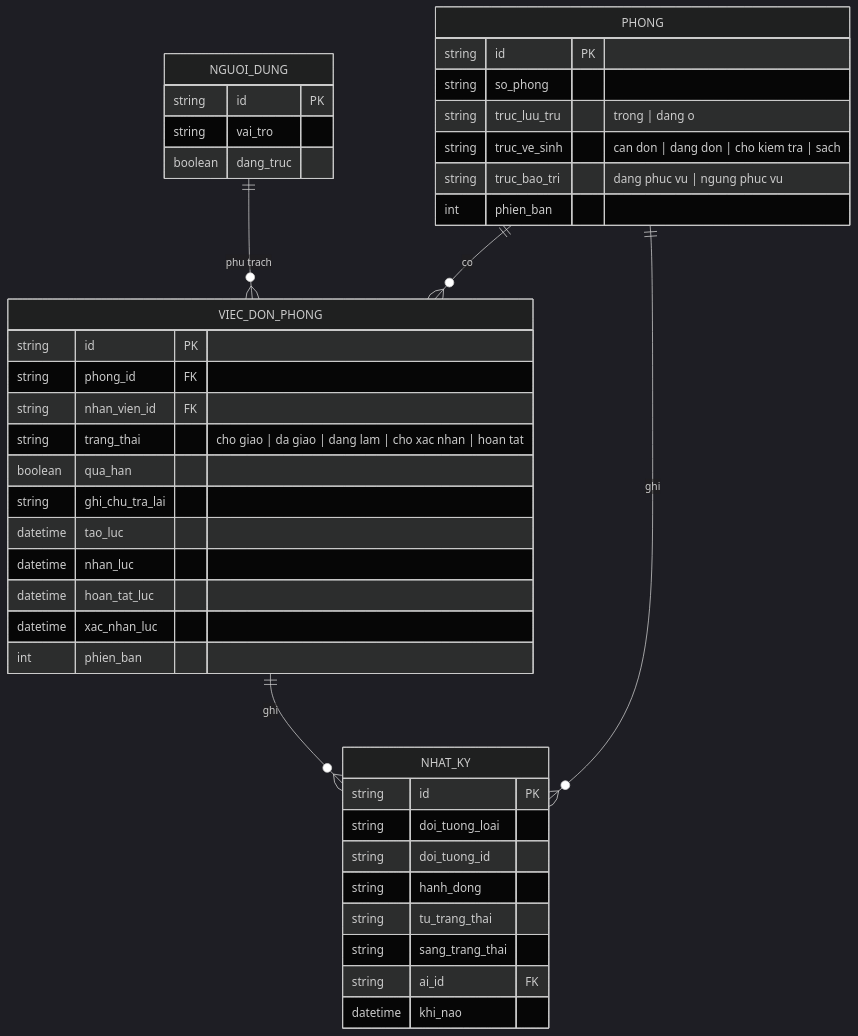
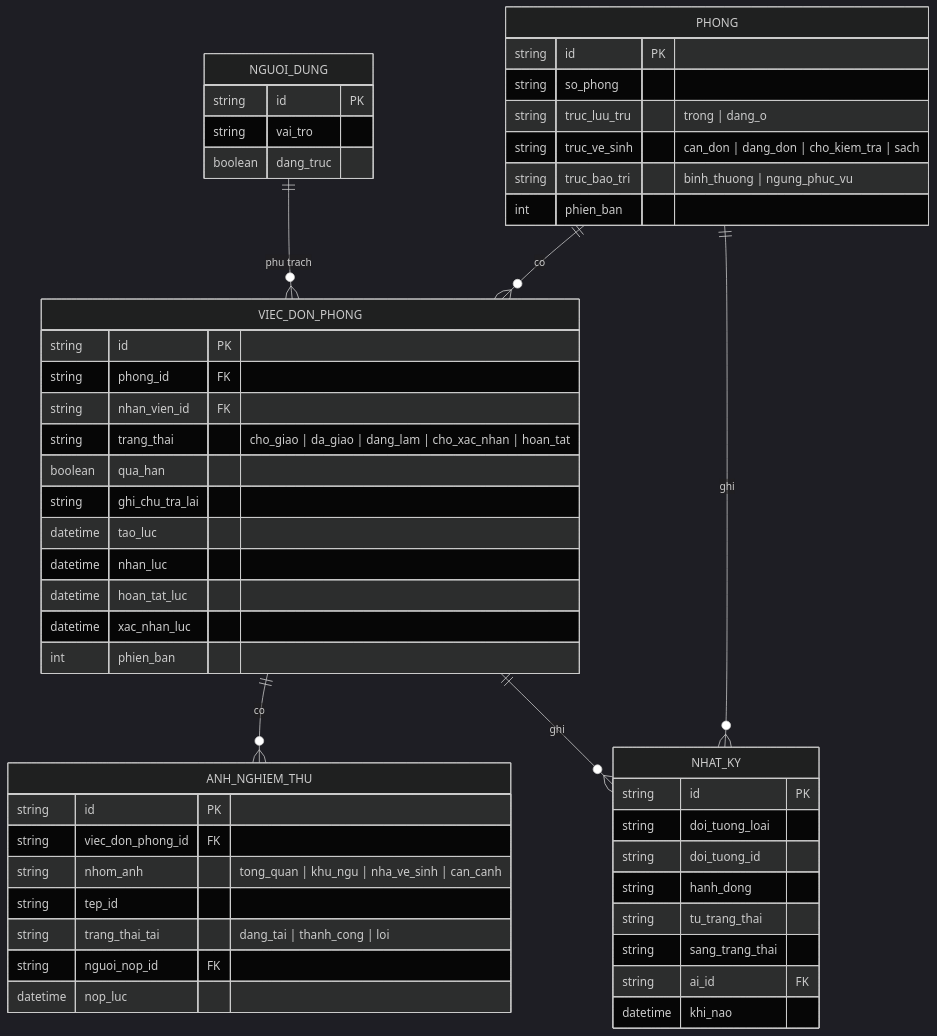
One commit to DatTran26/khachsan-di-dong changed the diagram in docs/features/housekeeping/srs/housekeeping-erd.md. Above: the diagram before and after it, drawn with Mermaid (dark theme). The commit also changed other lines of this file and 101 other files, not shown here.

````diff
--- a/docs/features/housekeeping/srs/housekeeping-erd.md
+++ b/docs/features/housekeeping/srs/housekeeping-erd.md
@@ -9,47 +9,58 @@
 ```mermaid
 erDiagram
     NGUOI_DUNG ||--o{ VIEC_DON_PHONG : "phu trach"
     PHONG ||--o{ VIEC_DON_PHONG : "co"
+    VIEC_DON_PHONG ||--o{ ANH_NGHIEM_THU : "co"
     VIEC_DON_PHONG ||--o{ NHAT_KY : "ghi"
     PHONG ||--o{ NHAT_KY : "ghi"
 
     PHONG {
         string id PK
         string so_phong
-        string truc_luu_tru "trong | dang o"
-        string truc_ve_sinh "can don | dang don | cho kiem tra | sach"
-        string truc_bao_tri "dang phuc vu | ngung phuc vu"
+        string truc_luu_tru "trong | dang_o"
+        string truc_ve_sinh "can_don | dang_don | cho_kiem_tra | sach"
+        string truc_bao_tri "binh_thuong | ngung_phuc_vu"
         int phien_ban
     }
 
     VIEC_DON_PHONG {
         string id PK
         string phong_id FK
         string nhan_vien_id FK
-        string trang_thai "cho giao | da giao | dang lam | cho xac nhan | hoan tat"
+        string trang_thai "cho_giao | da_giao | dang_lam | cho_xac_nhan | hoan_tat"
         boolean qua_han
         string ghi_chu_tra_lai
         datetime tao_luc
         datetime nhan_luc
         datetime hoan_tat_luc
         datetime xac_nhan_luc
         int phien_ban
+    }
+
+    ANH_NGHIEM_THU {
+        string id PK
+        string viec_don_phong_id FK
+        string nhom_anh "tong_quan | khu_ngu | nha_ve_sinh | can_canh"
+        string tep_id
+        string trang_thai_tai "dang_tai | thanh_cong | loi"
+        string nguoi_nop_id FK
+        datetime nop_luc
     }
 
     NGUOI_DUNG {
         string id PK
         string vai_tro
         boolean dang_truc
     }
 
     NHAT_KY {
         string id PK
         string doi_tuong_loai
         string doi_tuong_id
         string hanh_dong
         string tu_trang_thai
         string sang_trang_thai
         string ai_id FK
         datetime khi_nao
     }
 ```
````
